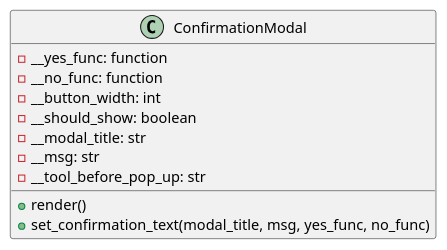
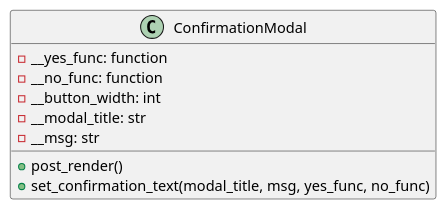
One commit to ferpoble2/Relief_Creator changed the diagram in docs/classes/ConfirmationModal.puml. Above: the diagram before and after it, drawn with PlantUML. The commit also changed 28 other files, not shown here.

```diff
--- a/docs/classes/ConfirmationModal.puml
+++ b/docs/classes/ConfirmationModal.puml
@@ -1,19 +1,17 @@
 @startuml
 'https://plantuml.com/class-diagram
 
 class ConfirmationModal {
 
         - __yes_func: function
         - __no_func: function
         - __button_width: int
-        - __should_show: boolean
         - __modal_title: str
         - __msg: str
-        - __tool_before_pop_up: str
 
-        + render()
+        + post_render()
         + set_confirmation_text(modal_title, msg, yes_func, no_func)
 
 }
 
 @enduml
```
